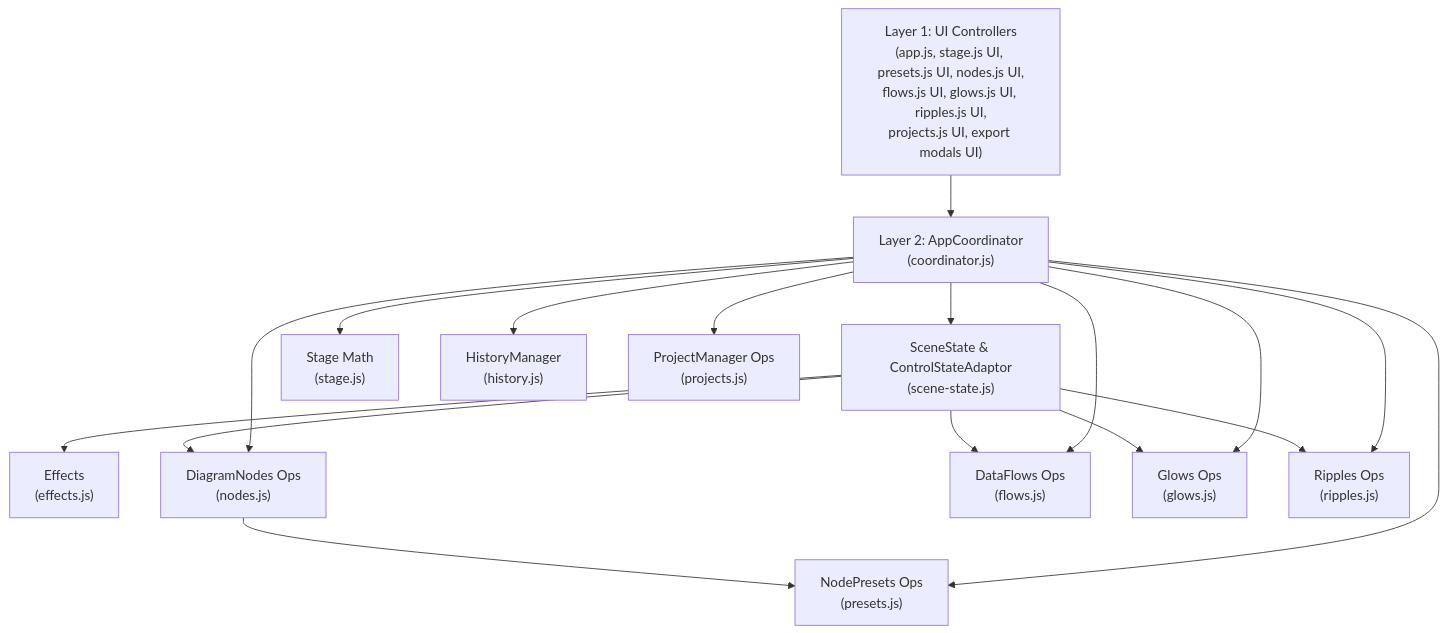
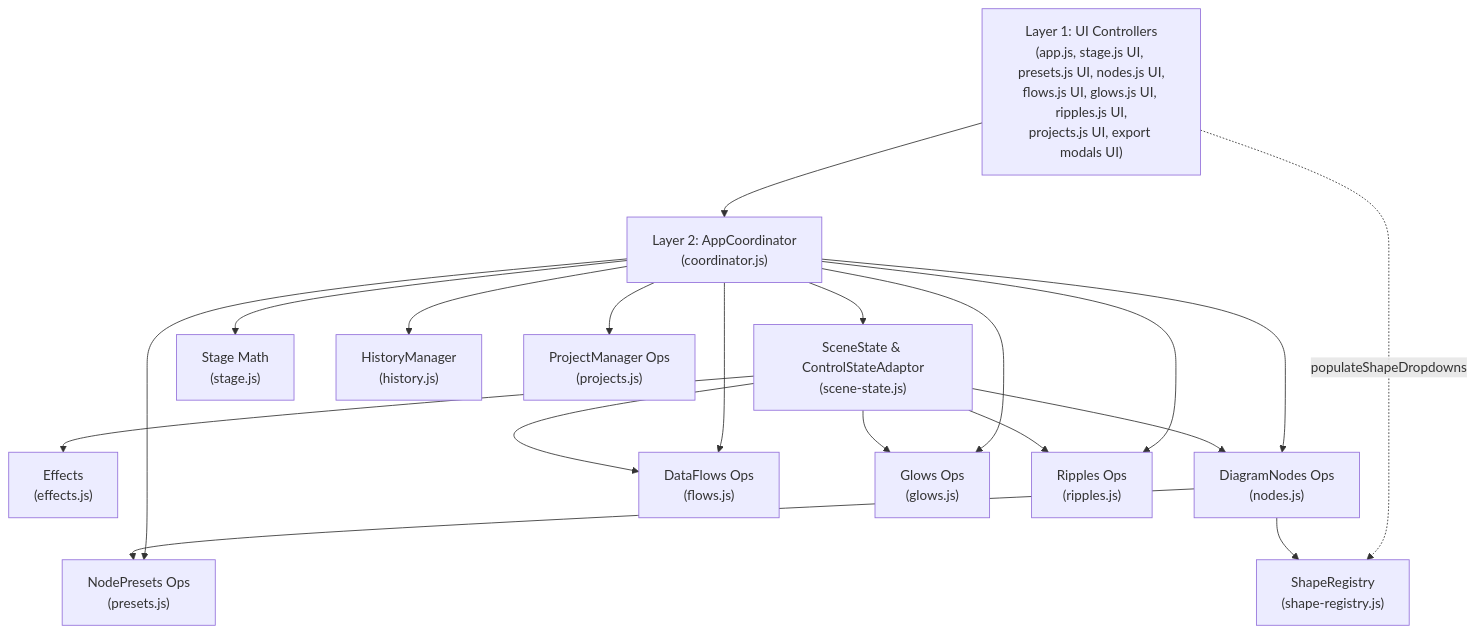
Before and after one commit to elric-seaoffate/svg-animator: the diagram in docs/architecture/dependency-map.md, drawn with Mermaid. The commit also changed other lines of this file and 4 other files, not shown here.

Commit message:
docs: record Phase 2 shape registry and progress

````diff
--- a/docs/architecture/dependency-map.md
+++ b/docs/architecture/dependency-map.md
@@ -28,34 +29,37 @@
 ```mermaid
 flowchart TD
     UI["Layer 1: UI Controllers\n(app.js, stage.js UI, presets.js UI, nodes.js UI,\nflows.js UI, glows.js UI, ripples.js UI,\nprojects.js UI, export modals UI)"]
     Coord["Layer 2: AppCoordinator\n(coordinator.js)"]
     Scene["SceneState & ControlStateAdaptor\n(scene-state.js)"]
     Effects["Effects\n(effects.js)"]
+    ShapeReg["ShapeRegistry\n(shape-registry.js)"]
     Presets["NodePresets Ops\n(presets.js)"]
     Nodes["DiagramNodes Ops\n(nodes.js)"]
     Flows["DataFlows Ops\n(flows.js)"]
     Glows["Glows Ops\n(glows.js)"]
     Ripples["Ripples Ops\n(ripples.js)"]
     StageMath["Stage Math\n(stage.js)"]
     History["HistoryManager\n(history.js)"]
     Projects["ProjectManager Ops\n(projects.js)"]
 
     UI --> Coord
+    UI -.->|populateShapeDropdowns| ShapeReg
     Coord --> Scene
     Coord --> Presets
     Coord --> Nodes
     Coord --> Flows
     Coord --> Glows
     Coord --> Ripples
     Coord --> StageMath
     Coord --> History
     Coord --> Projects
 
     Scene --> Effects
     Scene --> Ripples
     Scene --> Glows
     Scene --> Flows
     Scene --> Nodes
 
     Nodes --> Presets
+    Nodes --> ShapeReg
 ```
````
